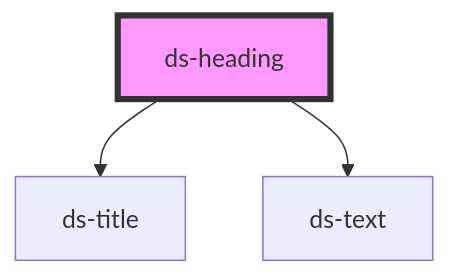
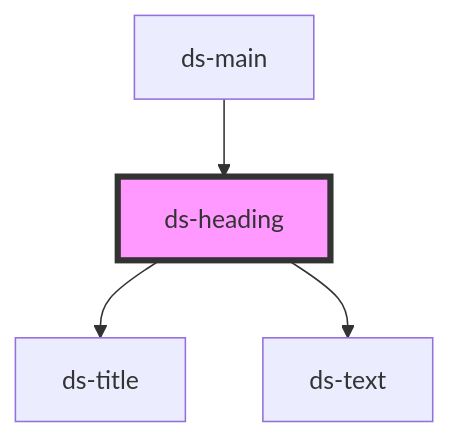
The diagram in components/core/heading/readme.md (jezoock/dot-stash), drawn with Mermaid before and after one commit. The commit also changed other lines of this file and 7 other files, not shown here.

````diff
--- a/components/core/heading/readme.md
+++ b/components/core/heading/readme.md
@@ -27,6 +31,7 @@
 ```mermaid
 graph TD;
   ds-heading --> ds-title
   ds-heading --> ds-text
+  ds-main --> ds-heading
   style ds-heading fill:#f9f,stroke:#333,stroke-width:4px
 ```
````
